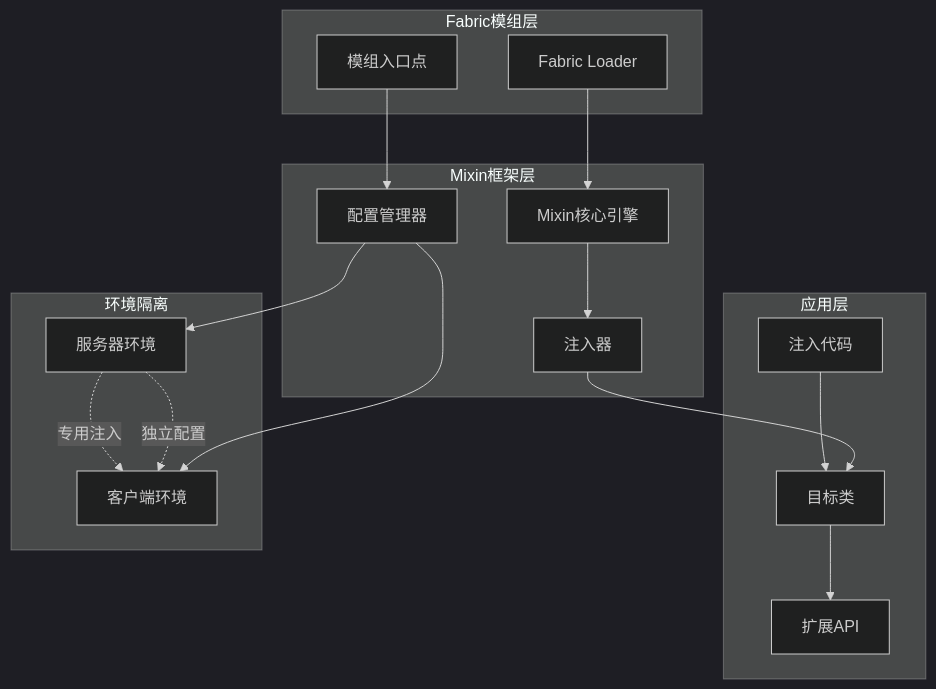
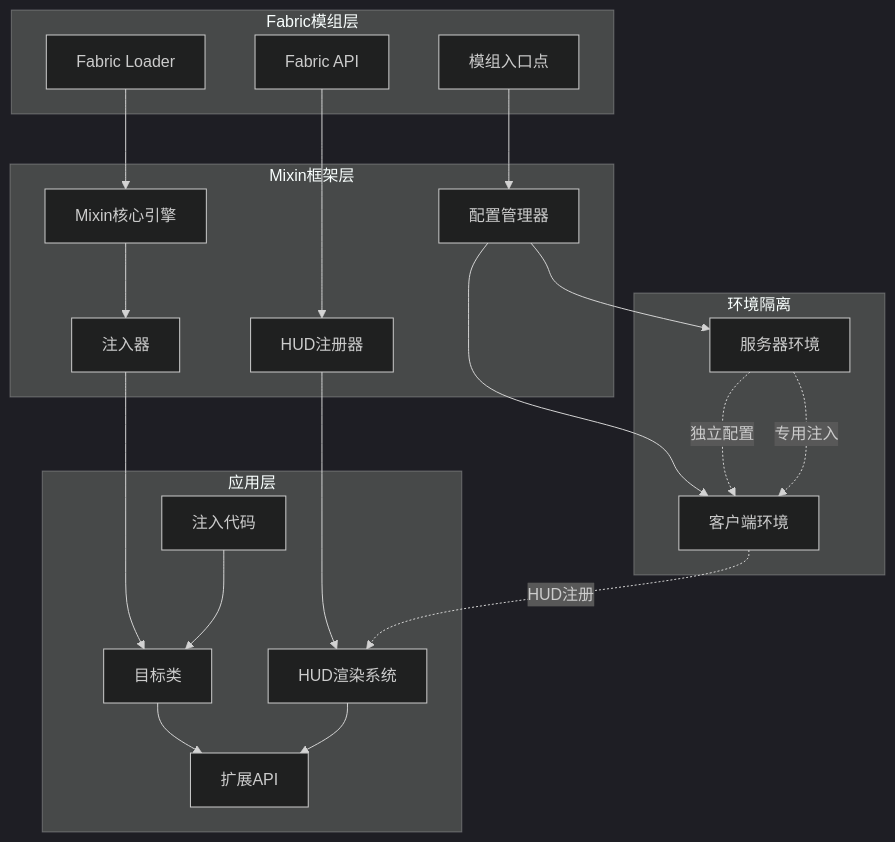
One commit to Manager20211/AxonBodyCam2 changed the second of 14 diagrams in .qoder/repowiki/zh/content/Mixin代码扩展系统/Mixin代码扩展系统.md. Above: the diagram before and after it, drawn with Mermaid (dark theme). The commit also changed other lines of this file and 11 other files, not shown here.

````diff
--- a/.qoder/repowiki/zh/content/Mixin代码扩展系统/Mixin代码扩展系统.md
+++ b/.qoder/repowiki/zh/content/Mixin代码扩展系统/Mixin代码扩展系统.md
@@ -120,31 +142,38 @@
 ```mermaid
 graph TB
 subgraph "Fabric模组层"
 FabricLoader[Fabric Loader]
 ModEntryPoints[模组入口点]
+FabricAPI[Fabric API]
 end
 subgraph "Mixin框架层"
 MixinCore[Mixin核心引擎]
 ConfigManager[配置管理器]
 Injector[注入器]
+HUDRegistry[HUD注册器]
 end
 subgraph "应用层"
 TargetClasses[目标类]
 InjectedCode[注入代码]
 ExtensionAPI[扩展API]
+HUDRenderSystem[HUD渲染系统]
 end
 subgraph "环境隔离"
 ServerEnv[服务器环境]
 ClientEnv[客户端环境]
 end
 FabricLoader --> MixinCore
 ModEntryPoints --> ConfigManager
+FabricAPI --> HUDRegistry
 MixinCore --> Injector
 ConfigManager --> ServerEnv
 ConfigManager --> ClientEnv
 Injector --> TargetClasses
+HUDRegistry --> HUDRenderSystem
 InjectedCode --> TargetClasses
 TargetClasses --> ExtensionAPI
+HUDRenderSystem --> ExtensionAPI
 ServerEnv -.->|独立配置| ClientEnv
 ServerEnv -.->|专用注入| ClientEnv
+ClientEnv -.->|HUD注册| HUDRenderSystem
 ```
````
